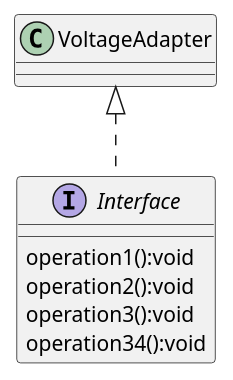
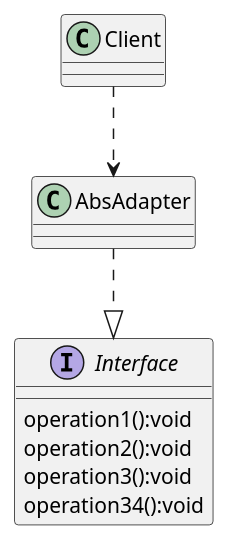
One commit to LensXiong/design-pattern changed the diagram in src/main/java/com/wwxiong/patterns/adapter/interfaceadapter/interfaceadapter.puml. Above: the diagram before and after it, drawn with PlantUML. The commit also changed 11 other files, not shown here.

```diff
--- a/src/main/java/com/wwxiong/patterns/adapter/interfaceadapter/interfaceadapter.puml
+++ b/src/main/java/com/wwxiong/patterns/adapter/interfaceadapter/interfaceadapter.puml
@@ -1,14 +1,12 @@
 @startuml
 interface Interface
 
-
-VoltageAdapter <|.. Interface
-
-
+AbsAdapter ..|> Interface
+Client ..> AbsAdapter
 
 Interface : operation1():void
 Interface : operation2():void
 Interface : operation3():void
 Interface : operation34():void
 
 @enduml
```
